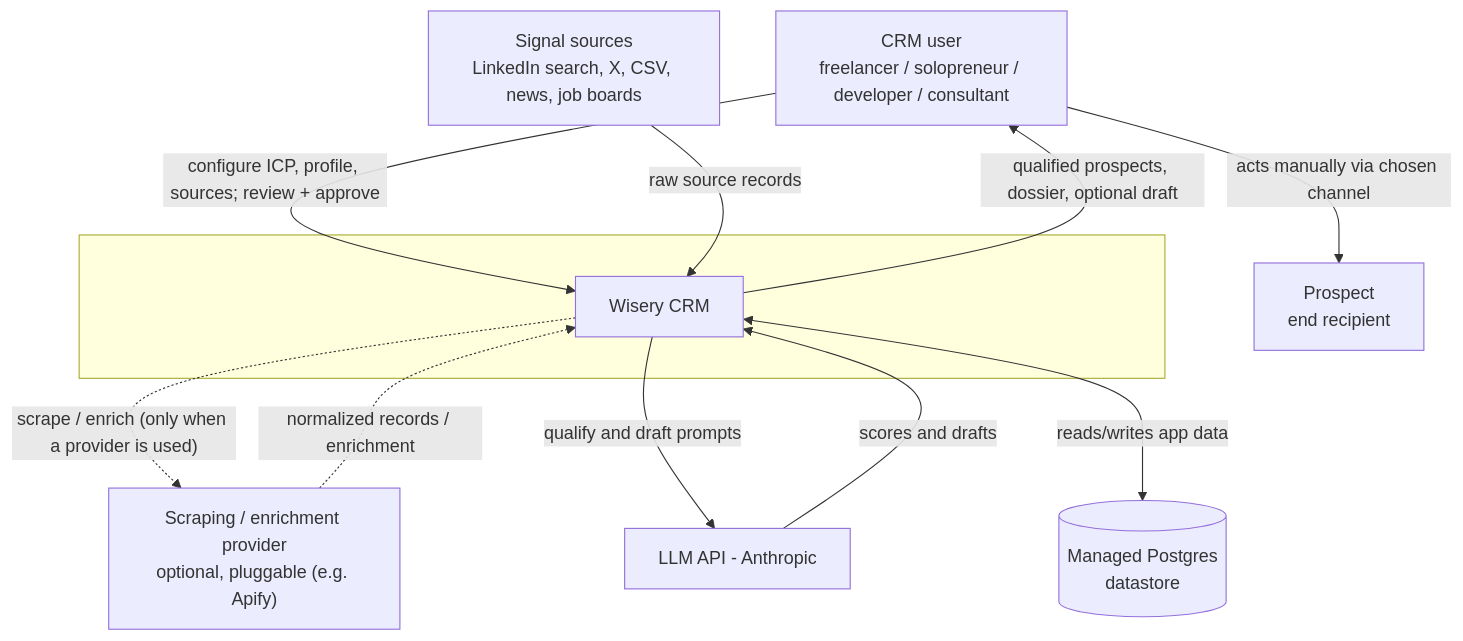
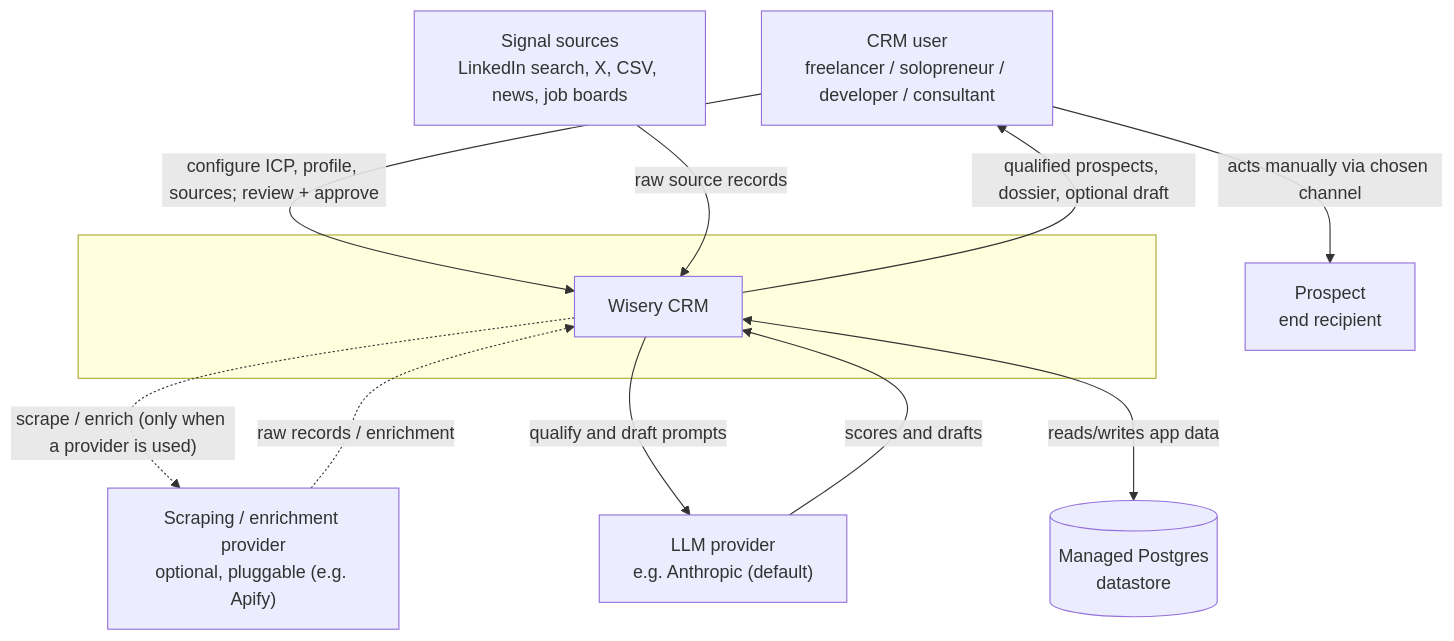
The first of 2 diagrams in docs/architecture/system-context.md (m-ratnikov/wisery-crm), drawn with Mermaid before and after one commit. The commit also changed other lines of this file and 24 other files, not shown here.

First line of the commit message:
Promote C4 L2 architecture to canon + archive; add Mermaid render gate

````diff
--- a/docs/architecture/system-context.md
+++ b/docs/architecture/system-context.md
@@ -11,24 +13,24 @@
 ```mermaid
 flowchart TB
     user["CRM user<br/>freelancer / solopreneur / developer / consultant"]
     prospect["Prospect<br/>end recipient"]
 
     subgraph boundary[" "]
         sys["Wisery CRM"]
     end
 
     src["Signal sources<br/>LinkedIn search, X, CSV, news, job boards"]
     dp["Scraping / enrichment provider<br/>optional, pluggable (e.g. Apify)"]
-    llm["LLM API - Anthropic"]
+    llm["LLM provider<br/>e.g. Anthropic (default)"]
     db[("Managed Postgres<br/>datastore")]
 
     user -->|"configure ICP, profile, sources; review + approve"| sys
     sys -->|"qualified prospects, dossier, optional draft"| user
     src -->|"raw source records"| sys
     sys -.->|"scrape / enrich (only when a provider is used)"| dp
-    dp -.->|"normalized records / enrichment"| sys
+    dp -.->|"raw records / enrichment"| sys
     sys -->|"qualify and draft prompts"| llm
     llm -->|"scores and drafts"| sys
     sys <-->|"reads/writes app data"| db
     user -->|"acts manually via chosen channel"| prospect
 ```
````
